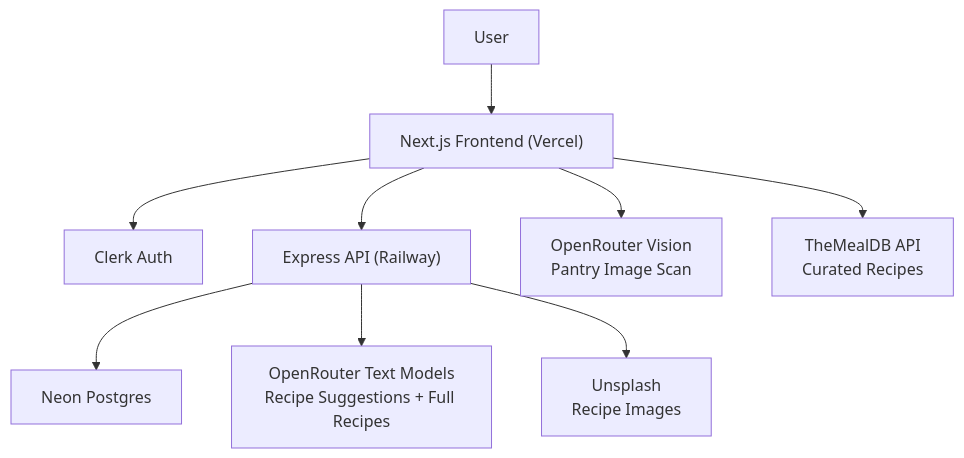
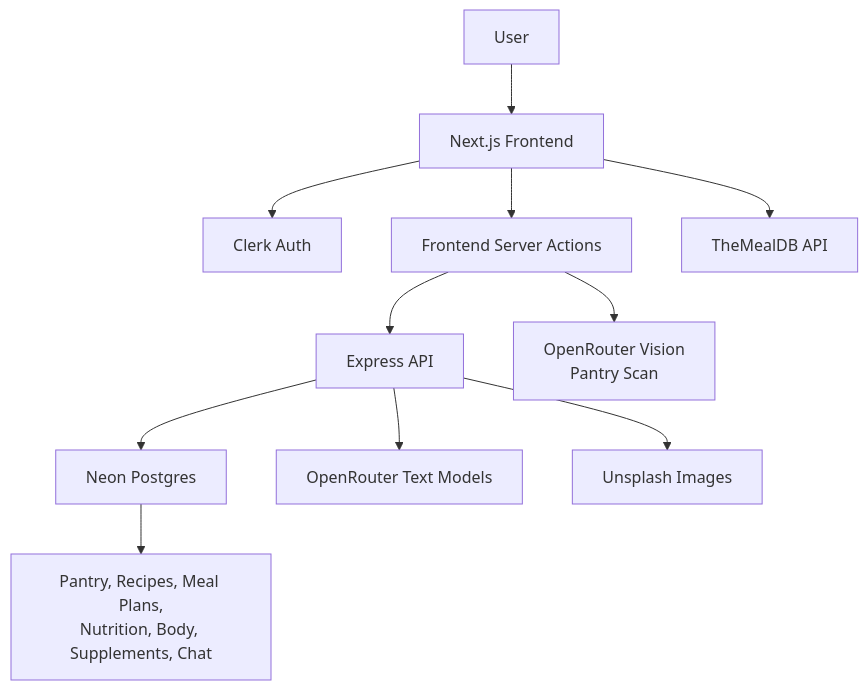
Before and after one commit to deepakgudi-pixel/prepai: the first of 2 diagrams in README.md, drawn with Mermaid. The commit also changed other lines of this file and 59 other files, not shown here.

````diff
--- a/README.md
+++ b/README.md
@@ -22,11 +58,14 @@
 ```mermaid
 graph TD
-    A["User"] --> B["Next.js Frontend (Vercel)"]
-    B --> C["Clerk Auth"]
-    B --> D["Express API (Railway)"]
-    B --> E["OpenRouter Vision<br/>Pantry Image Scan"]
-    B --> F["TheMealDB API<br/>Curated Recipes"]
-    D --> G["Neon Postgres"]
-    D --> H["OpenRouter Text Models<br/>Recipe Suggestions + Full Recipes"]
-    D --> I["Unsplash<br/>Recipe Images"]
+    U["User"] --> F["Next.js Frontend"]
+    F --> C["Clerk Auth"]
+    F --> A["Frontend Server Actions"]
+    A --> B["Express API"]
+    A --> V["OpenRouter Vision<br/>Pantry Scan"]
+    B --> DB["Neon Postgres"]
+    B --> AI["OpenRouter Text Models"]
+    B --> IMG["Unsplash Images"]
+    F --> MDB["TheMealDB API"]
+
+    DB --> P["Pantry, Recipes, Meal Plans,<br/>Nutrition, Body, Supplements, Chat"]
 ```
````
